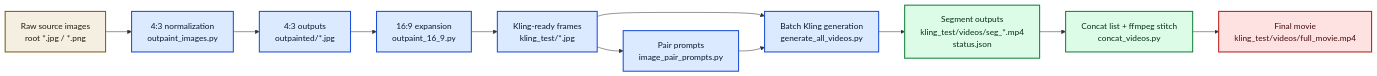
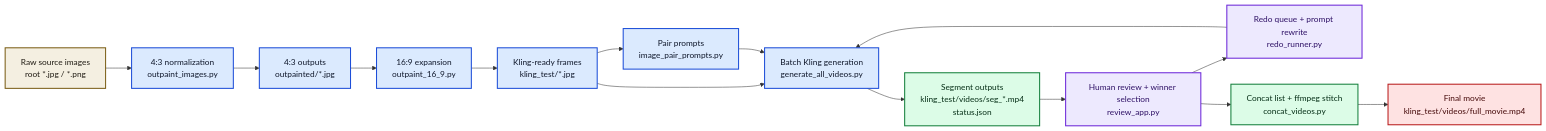
Before and after one commit to dkreinov/frames-to-film: the first of 3 diagrams in architecture.md, drawn with Mermaid. The commit also changed other lines of this file, not shown here.

Commit message:
docs: update architecture for current review flow

````diff
--- a/architecture.md
+++ b/architecture.md
@@ -30,23 +33,28 @@
 ```mermaid
 flowchart LR
     A["Raw source images\nroot *.jpg / *.png"] --> B["4:3 normalization\noutpaint_images.py"]
     B --> C["4:3 outputs\noutpainted/*.jpg"]
     C --> D["16:9 expansion\noutpaint_16_9.py"]
     D --> E["Kling-ready frames\nkling_test/*.jpg"]
     E --> F["Pair prompts\nimage_pair_prompts.py"]
     E --> G["Batch Kling generation\ngenerate_all_videos.py"]
     F --> G
     G --> H["Segment outputs\nkling_test/videos/seg_*.mp4\nstatus.json"]
-    H --> I["Concat list + ffmpeg stitch\nconcat_videos.py"]
-    I --> J["Final movie\nkling_test/videos/full_movie.mp4"]
+    H --> I["Human review + winner selection\nreview_app.py"]
+    I --> J["Redo queue + prompt rewrite\nredo_runner.py"]
+    J --> G
+    I --> K["Concat list + ffmpeg stitch\nconcat_videos.py"]
+    K --> L["Final movie\nkling_test/videos/full_movie.mp4"]
 
     classDef src fill:#f4efe1,stroke:#7c5f18,color:#1f1a12,stroke-width:2px;
     classDef img fill:#dbeafe,stroke:#1d4ed8,color:#0f172a,stroke-width:2px;
     classDef video fill:#dcfce7,stroke:#15803d,color:#052e16,stroke-width:2px;
     classDef out fill:#fee2e2,stroke:#b91c1c,color:#450a0a,stroke-width:2px;
+    classDef review fill:#ede9fe,stroke:#6d28d9,color:#2e1065,stroke-width:2px;
 
     class A src;
     class B,C,D,E,F,G img;
-    class H,I video;
-    class J out;
+    class H,K video;
+    class I,J review;
+    class L out;
 ```
````
